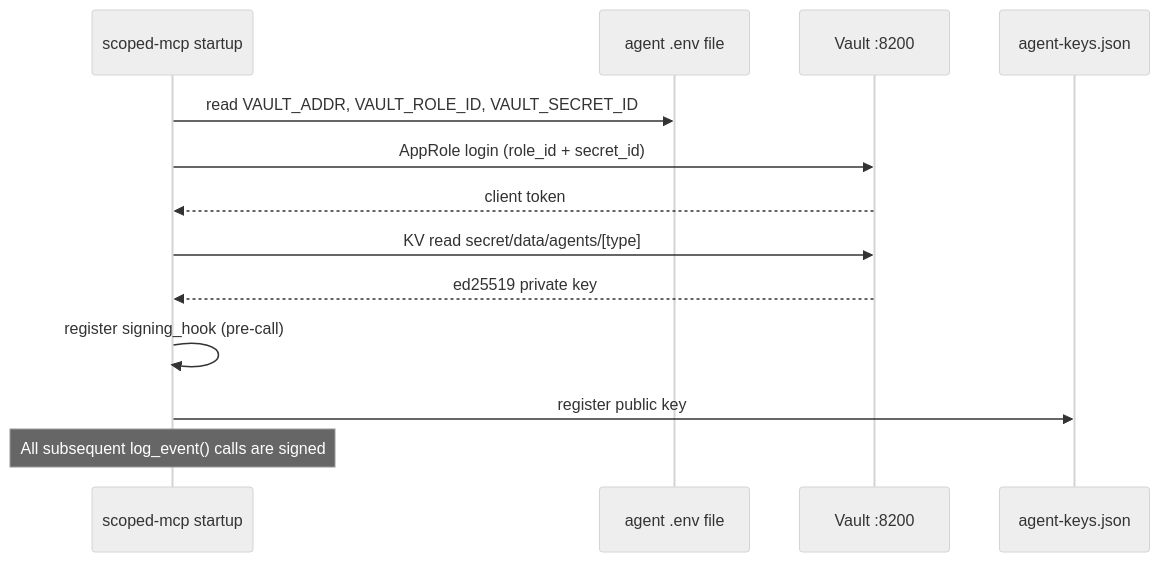
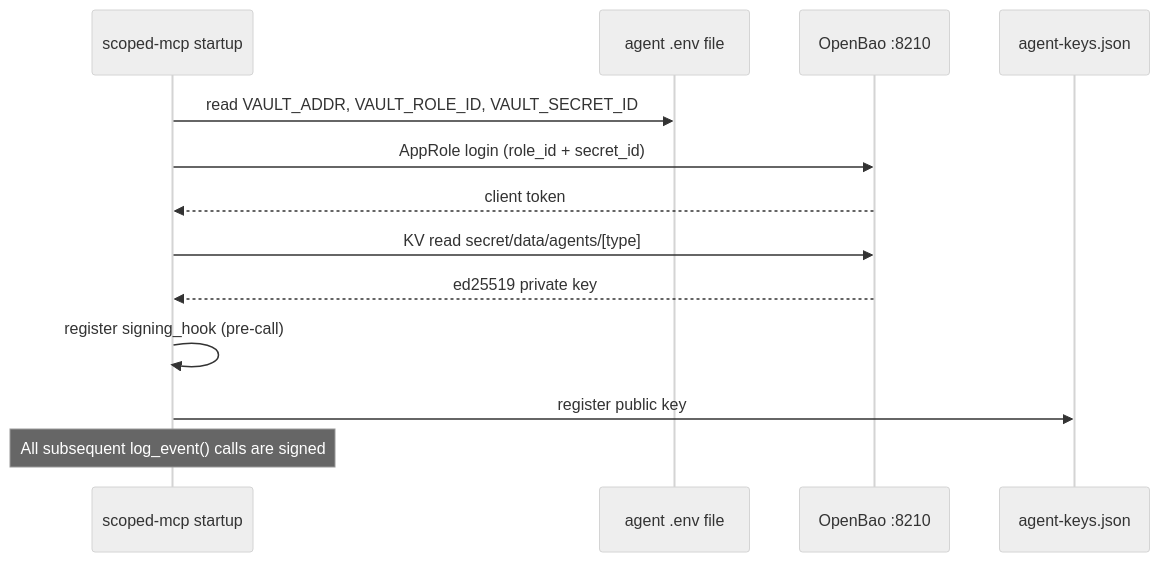
One commit to TadMSTR/homelab-agent changed the third of 3 diagrams in docs/components/agent/scoped-mcp.md. Above: the diagram before and after it, drawn with Mermaid (neutral theme). The commit also changed other lines of this file and 11 other files, not shown here.

First line of the commit message:
docs(foundation): OpenBao replaces HashiCorp Vault; retire auto-unseal watcher

````diff
--- a/docs/components/agent/scoped-mcp.md
+++ b/docs/components/agent/scoped-mcp.md
@@ -274,16 +274,16 @@
 ```mermaid
 sequenceDiagram
     participant SM as scoped-mcp startup
     participant Env as agent .env file
-    participant Vault as Vault :8200
+    participant Vault as OpenBao :8210
     participant Keys as agent-keys.json
 
     SM->>Env: read VAULT_ADDR, VAULT_ROLE_ID, VAULT_SECRET_ID
     SM->>Vault: AppRole login (role_id + secret_id)
     Vault-->>SM: client token
     SM->>Vault: KV read secret/data/agents/[type]
     Vault-->>SM: ed25519 private key
     SM->>SM: register signing_hook (pre-call)
     SM->>Keys: register public key
     Note over SM: All subsequent log_event() calls are signed
 ```
````
